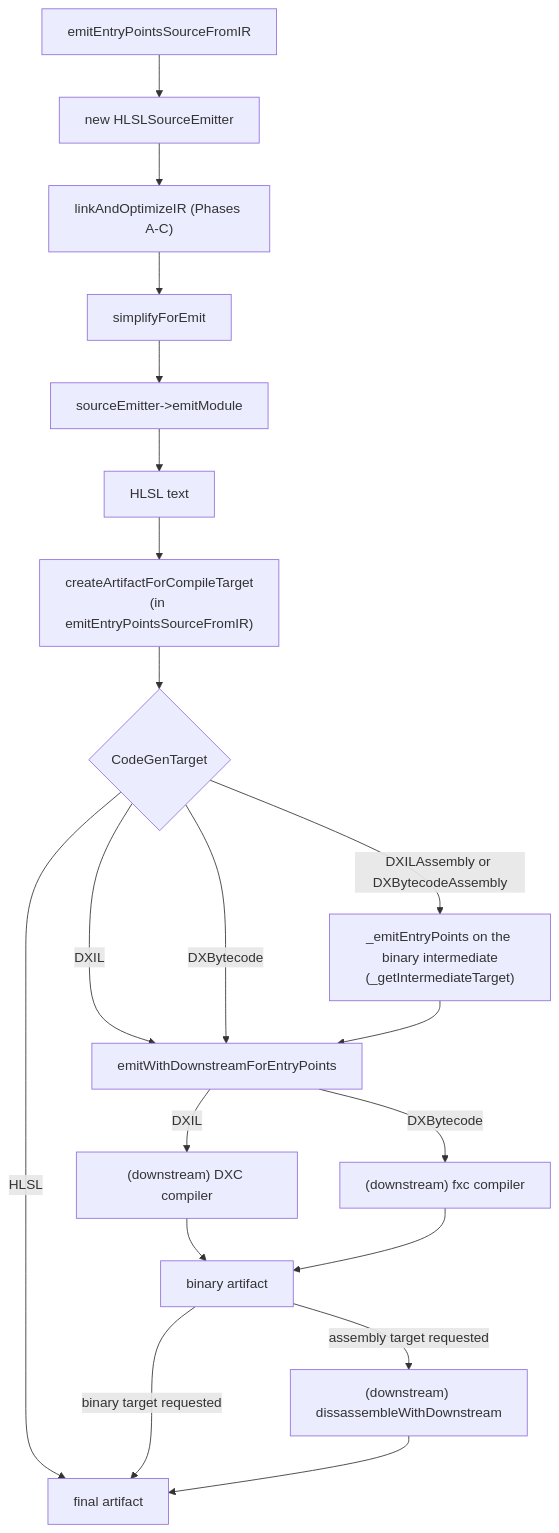
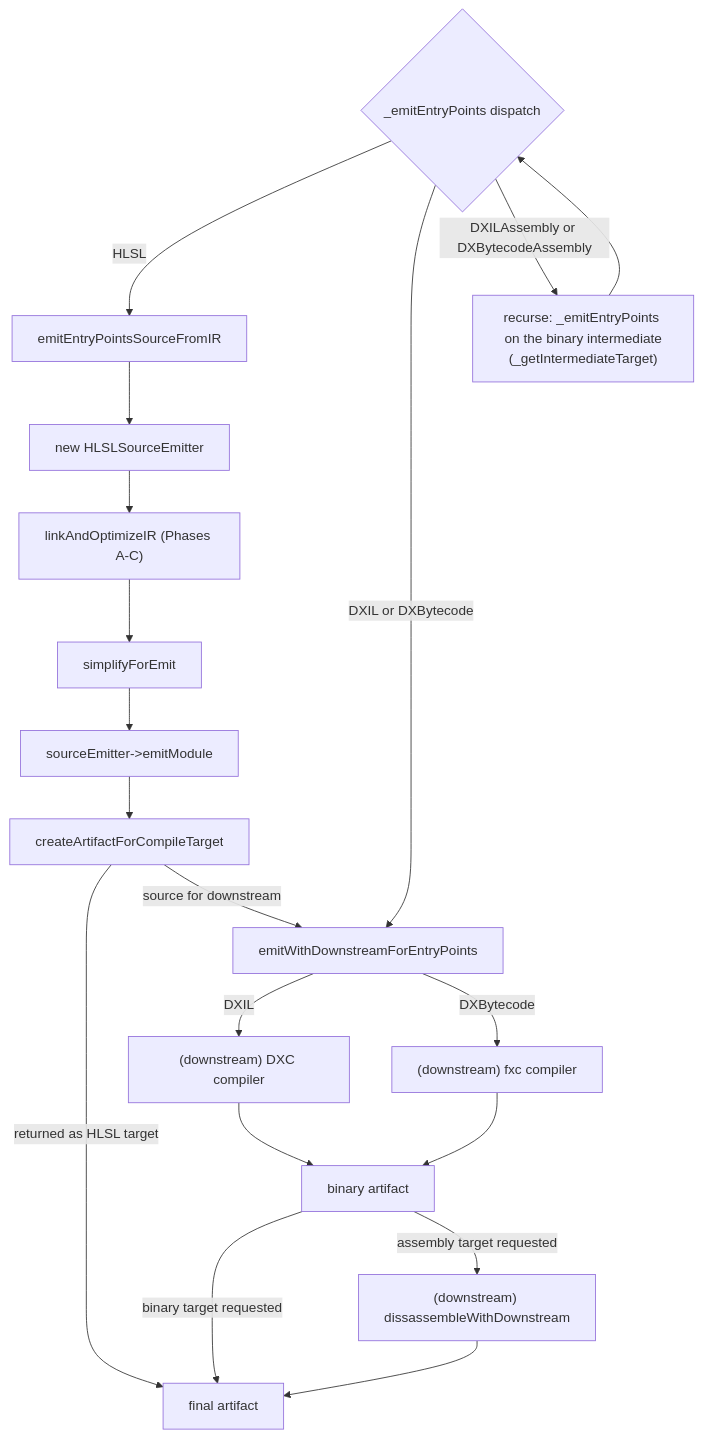
One commit to shader-slang/slang changed the fifth of 5 diagrams in docs/generated/design/target-pipelines/hlsl.md. Above: the diagram before and after it, drawn with Mermaid. The commit also changed other lines of this file and 28 other files, not shown here.

````diff
--- a/docs/generated/design/target-pipelines/hlsl.md
+++ b/docs/generated/design/target-pipelines/hlsl.md
@@ -596,28 +616,28 @@
 ```mermaid
 flowchart TD
+  disp{"_emitEntryPoints dispatch"}
+  asmRec["recurse: _emitEntryPoints on the binary intermediate<br/>(_getIntermediateTarget)"]
+  downstream["emitWithDownstreamForEntryPoints"]
   ent[emitEntryPointsSourceFromIR]
   newEmit[new HLSLSourceEmitter]
   linkOpt2["linkAndOptimizeIR (Phases A-C)"]
   simpForEmit[simplifyForEmit]
   emitModule[sourceEmitter->emitModule]
-  textOut[HLSL text]
-  artifact["createArtifactForCompileTarget<br/>(in emitEntryPointsSourceFromIR)"]
-  selectTarget{CodeGenTarget}
-  intermediate["_emitEntryPoints on the binary intermediate<br/>(_getIntermediateTarget)"]
-  downstream["emitWithDownstreamForEntryPoints"]
+  artifact["createArtifactForCompileTarget"]
   dxc["(downstream) DXC compiler"]
   fxc["(downstream) fxc compiler"]
   binOut[binary artifact]
   disasm["(downstream) dissassembleWithDownstream"]
   done[final artifact]
 
-  ent --> newEmit --> linkOpt2 --> simpForEmit --> emitModule --> textOut --> artifact --> selectTarget
-  selectTarget -->|HLSL| done
-  selectTarget -->|DXIL| downstream
-  selectTarget -->|DXBytecode| downstream
-  selectTarget -->|"DXILAssembly or DXBytecodeAssembly"| intermediate --> downstream
+  disp -->|HLSL| ent
+  disp -->|"DXIL or DXBytecode"| downstream
+  disp -->|"DXILAssembly or DXBytecodeAssembly"| asmRec --> disp
+  ent --> newEmit --> linkOpt2 --> simpForEmit --> emitModule --> artifact
+  artifact -->|"returned as HLSL target"| done
+  artifact -->|"source for downstream"| downstream
   downstream -->|DXIL| dxc --> binOut
   downstream -->|DXBytecode| fxc --> binOut
   binOut -->|binary target requested| done
   binOut -->|assembly target requested| disasm --> done
 ```
````
